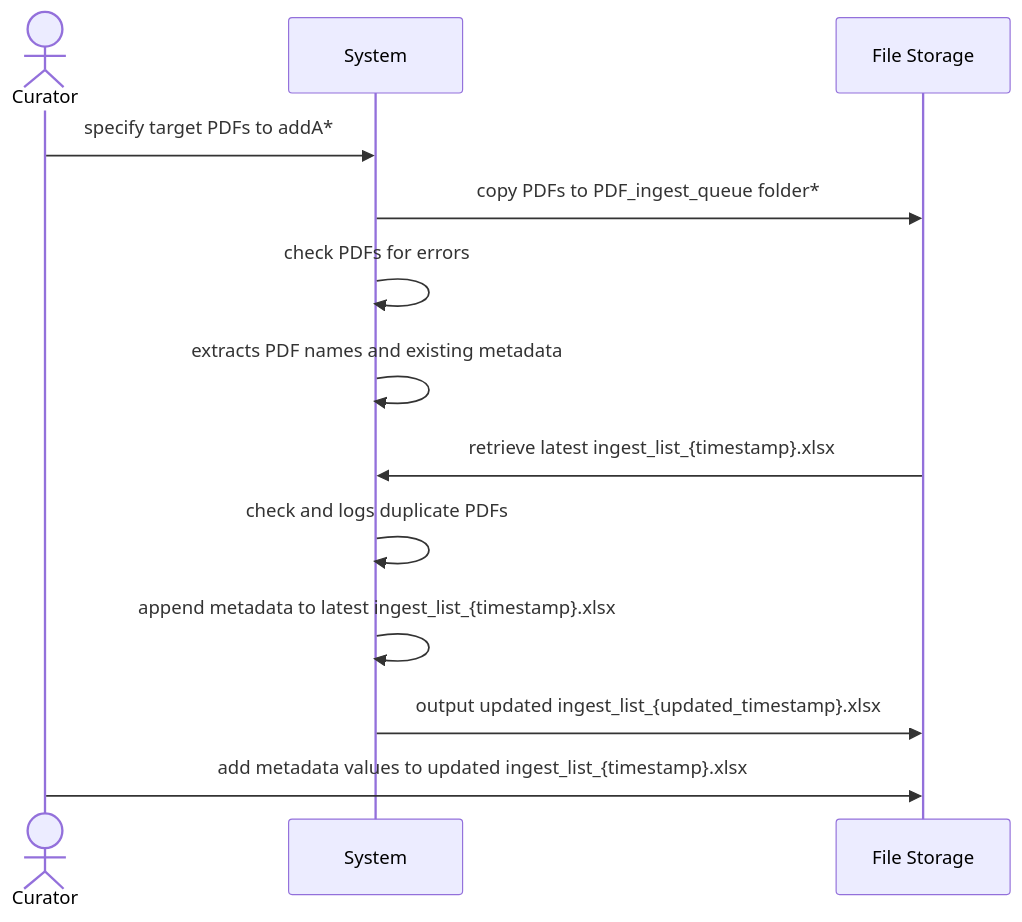
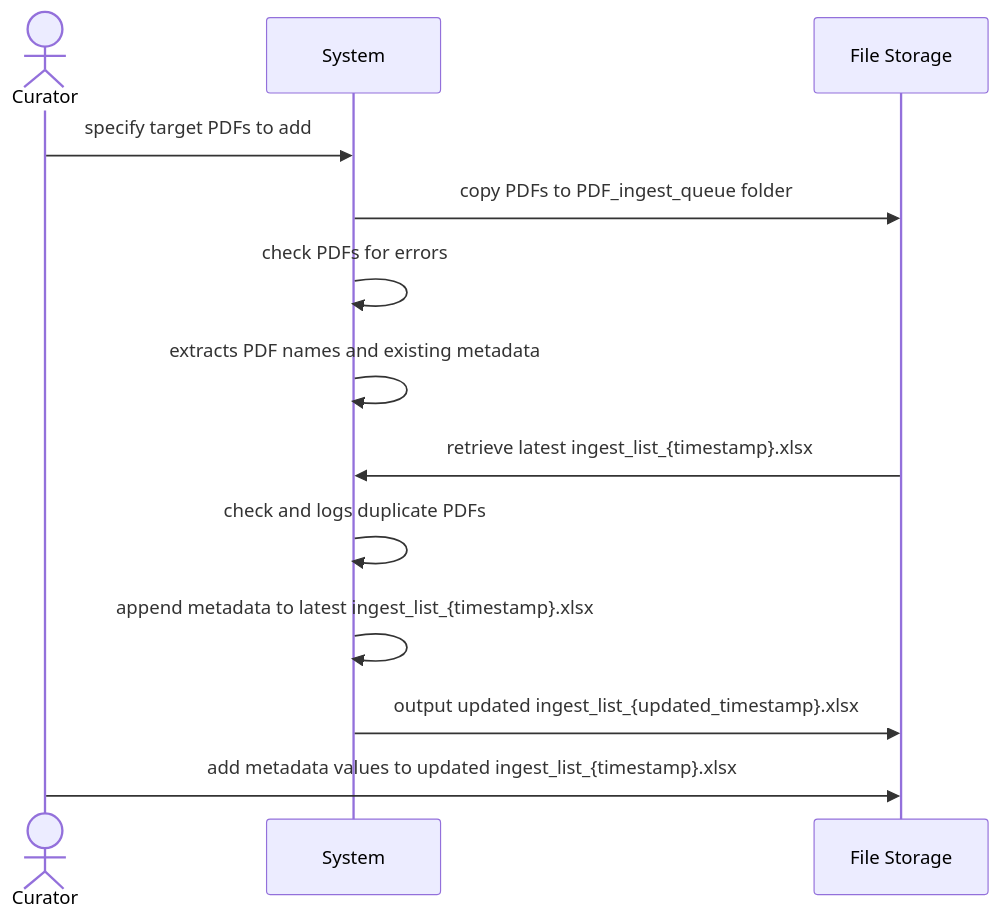
One commit to drew-wks/ASK changed the first of 2 diagrams in docs/library_admin_processes.md. Above: the diagram before and after it, drawn with Mermaid.

Commit message:
revert 13 14

````diff
--- a/docs/library_admin_processes.md
+++ b/docs/library_admin_processes.md
@@ -6,16 +6,16 @@
 ```mermaid
 sequenceDiagram
     actor Curator
     participant System
     participant File Storage
     
-    Curator->>System: specify target PDFs to addA*
-    System->>File Storage: copy PDFs to PDF_ingest_queue folder*
+    Curator->>System: specify target PDFs to add
+    System->>File Storage: copy PDFs to PDF_ingest_queue folder
     System->>System: check PDFs for errors
     System->>System: extracts PDF names and existing metadata
     File Storage->>System: retrieve latest ingest_list_{timestamp}.xlsx
     System->>System: check and logs duplicate PDFs
     System->>System: append metadata to latest ingest_list_{timestamp}.xlsx
     System->>File Storage: output updated ingest_list_{updated_timestamp}.xlsx
     Curator->>File Storage: add metadata values to updated ingest_list_{timestamp}.xlsx
 ```
````
